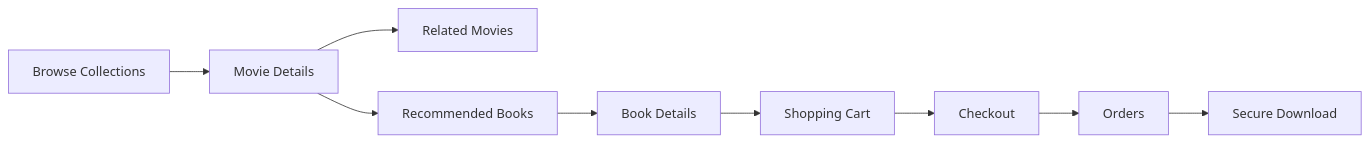
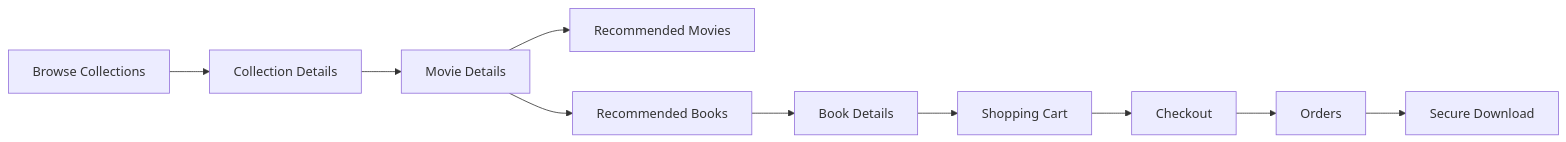
One commit to Abhay-SKulkarni123/PolyMath changed the first of 3 diagrams in README.md. Above: the diagram before and after it, drawn with Mermaid. The commit also changed other lines of this file, not shown here.

````diff
--- a/README.md
+++ b/README.md
@@ -84,20 +287,23 @@
 ```mermaid
 flowchart LR
 
 A[Browse Collections]
---> B[Movie Details]
 
-B --> C[Related Movies]
+--> B[Collection Details]
 
-B --> D[Recommended Books]
+B --> C[Movie Details]
 
-D --> E[Book Details]
+C --> D[Recommended Movies]
 
-E --> F[Shopping Cart]
+C --> E[Recommended Books]
 
-F --> G[Checkout]
+E --> F[Book Details]
 
-G --> H[Orders]
+F --> G[Shopping Cart]
 
-H --> I[Secure Download]
+G --> H[Checkout]
+
+H --> I[Orders]
+
+I --> J[Secure Download]
 ```
````
